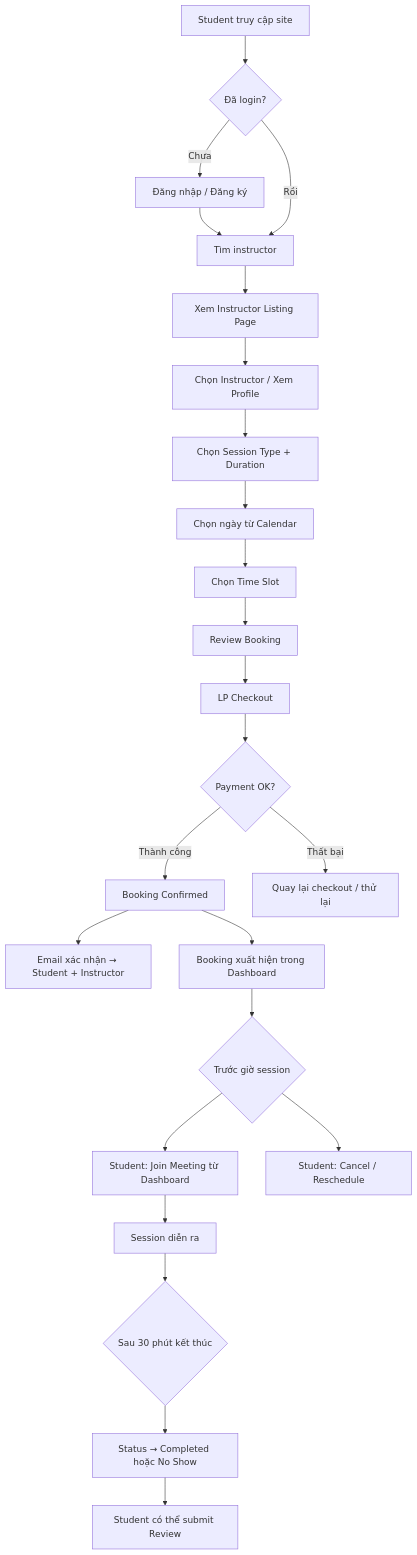
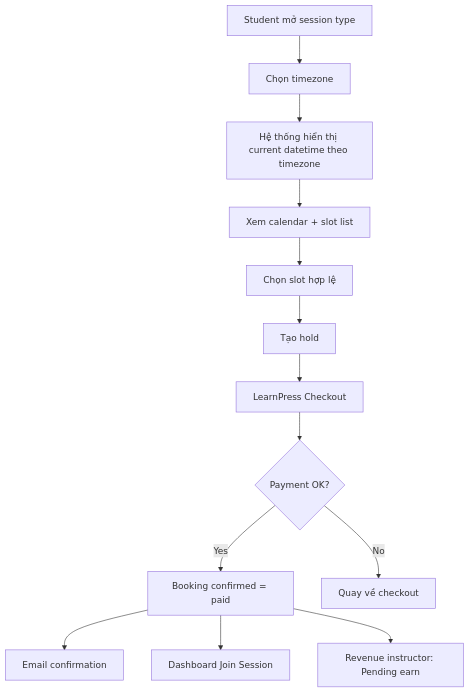
The first of 3 diagrams in projects/lp-tutor-booking/output/04-ux-and-wireframe.md (hungkieu190/ba-autospec), drawn with Mermaid before and after one commit. The commit also changed other lines of this file and 2593 other files, not shown here.

````diff
--- a/projects/lp-tutor-booking/output/04-ux-and-wireframe.md
+++ b/projects/lp-tutor-booking/output/04-ux-and-wireframe.md
@@ -9,26 +9,15 @@
 ```mermaid
 flowchart TD
-    A[Student truy cập site] --> B{Đã login?}
-    B -->|Chưa| C[Đăng nhập / Đăng ký]
-    C --> D[Tìm instructor]
-    B -->|Rồi| D
-    D --> E[Xem Instructor Listing Page]
-    E --> F[Chọn Instructor / Xem Profile]
-    F --> G[Chọn Session Type + Duration]
-    G --> H[Chọn ngày từ Calendar]
-    H --> I[Chọn Time Slot]
-    I --> J[Review Booking]
-    J --> K[LP Checkout]
-    K --> L{Payment OK?}
-    L -->|Thành công| M[Booking Confirmed]
-    L -->|Thất bại| N[Quay lại checkout / thử lại]
-    M --> O[Email xác nhận → Student + Instructor]
-    M --> P[Booking xuất hiện trong Dashboard]
-    P --> Q{Trước giờ session}
-    Q --> R[Student: Join Meeting từ Dashboard]
-    Q --> S[Student: Cancel / Reschedule]
-    R --> T[Session diễn ra]
-    T --> U{Sau 30 phút kết thúc}
-    U --> V[Status → Completed hoặc No Show]
-    V --> W[Student có thể submit Review]
+    A[Student mở session type] --> B[Chọn timezone]
+    B --> C[Hệ thống hiển thị current datetime theo timezone]
+    C --> D[Xem calendar + slot list]
+    D --> E[Chọn slot hợp lệ]
+    E --> F[Tạo hold]
+    F --> G[LearnPress Checkout]
+    G --> H{Payment OK?}
+    H -->|Yes| I[Booking confirmed = paid]
+    H -->|No| J[Quay về checkout]
+    I --> K[Email confirmation]
+    I --> L[Dashboard Join Session]
+    I --> M[Revenue instructor: Pending earn]
 ```
````
